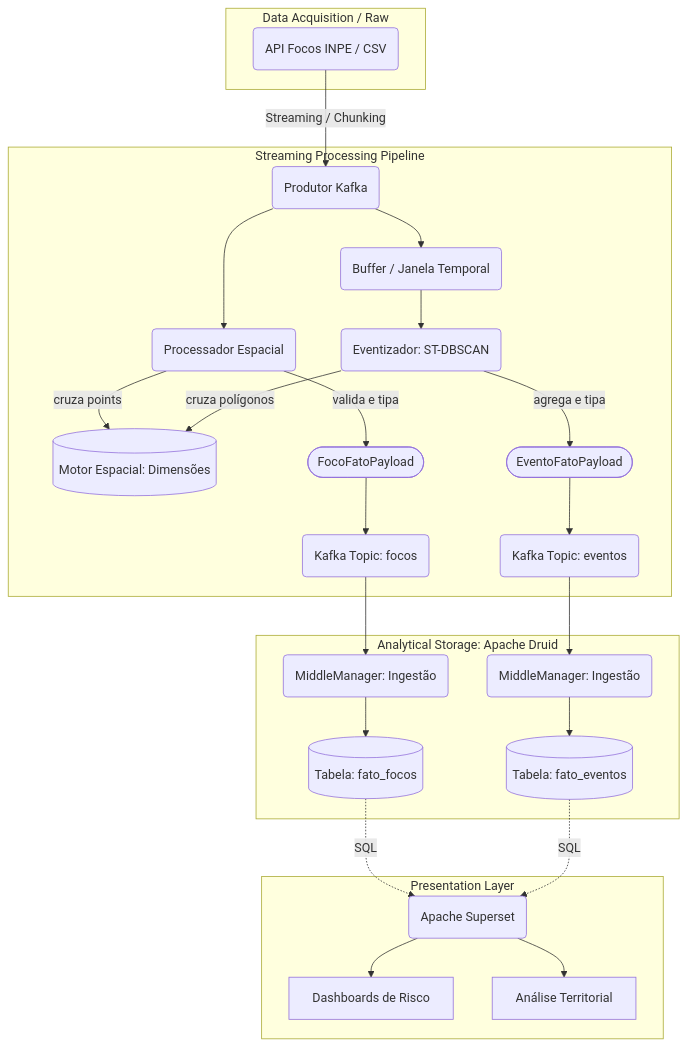
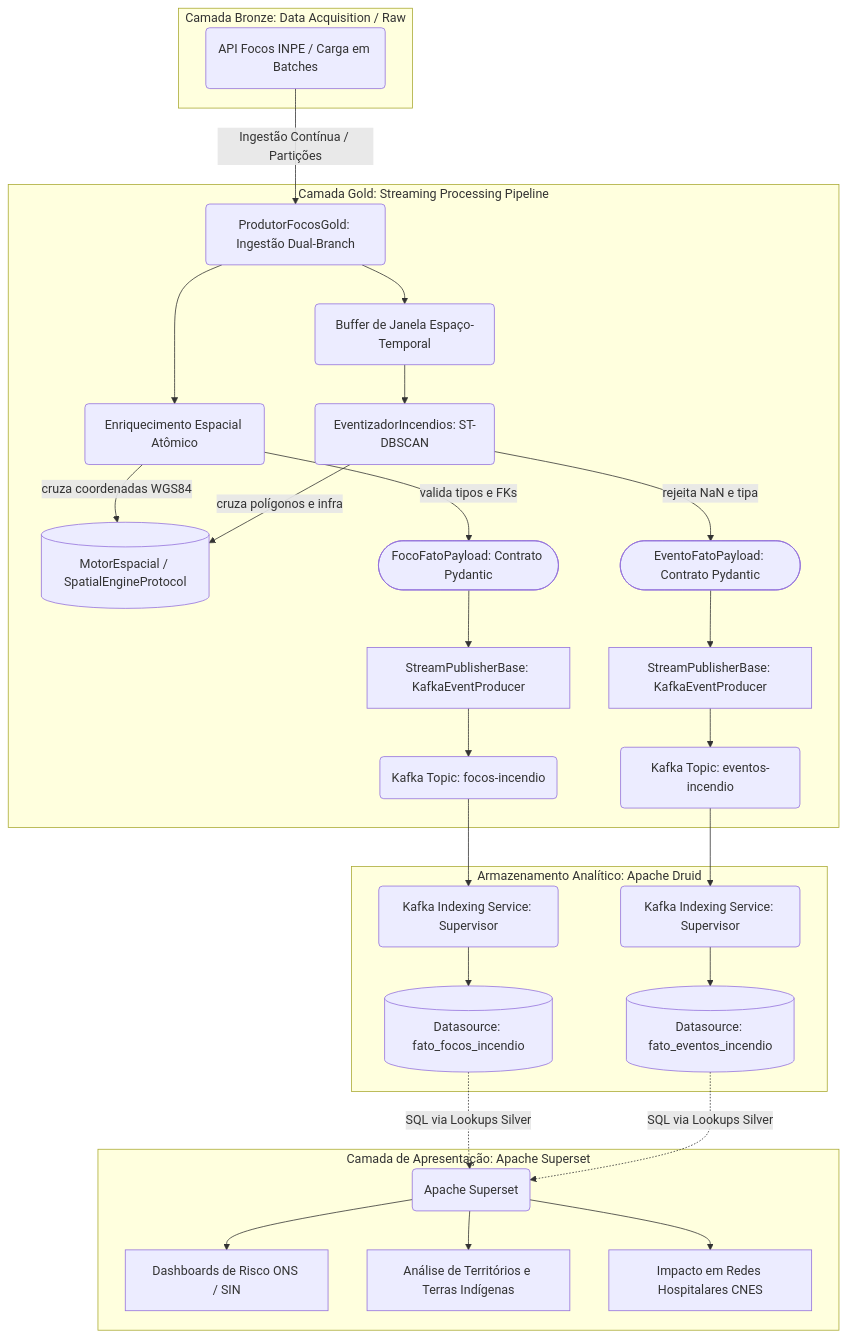
Before and after one commit to gabriel-goncalves1122/mapeamento-risco-queimadas-inpe: the diagram in docs/architecture/05_data_flow_end_to_end.md, drawn with Mermaid. The commit also changed other lines of this file and 48 other files, not shown here.

````diff
--- a/docs/architecture/05_data_flow_end_to_end.md
+++ b/docs/architecture/05_data_flow_end_to_end.md
@@ -11,66 +13,72 @@
 ```mermaid
 flowchart TD
-    %% Acquisicao
-    subgraph ACQUISITION [Data Acquisition / Raw]
-        api(API Focos INPE / CSV)
+    %% Ingestao Bruta
+    subgraph ACQUISITION [Camada Bronze: Data Acquisition / Raw]
+        api(API Focos INPE / Carga em Batches)
     end
 
-    %% Processamento Streaming
-    subgraph STREAMING [Streaming Processing Pipeline]
-        prod(Produtor Kafka)
+    %% Processamento Streaming e POO
+    subgraph STREAMING [Camada Gold: Streaming Processing Pipeline]
+        prod(ProdutorFocosGold: Ingestão Dual-Branch)
         
-        proc_focos(Processador Espacial)
-        motor[(Motor Espacial: Dimensões)]
-        payload_focos([FocoFatoPayload])
-        topic_focos(Kafka Topic: focos)
+        proc_focos(Enriquecimento Espacial Atômico)
+        motor[(MotorEspacial / SpatialEngineProtocol)]
+        payload_focos([FocoFatoPayload: Contrato Pydantic])
+        publisher_focos[StreamPublisherBase: KafkaEventProducer]
+        topic_focos(Kafka Topic: focos-incendio)
 
-        buffer(Buffer / Janela Temporal)
-        dbscan(Eventizador: ST-DBSCAN)
-        payload_eventos([EventoFatoPayload])
-        topic_eventos(Kafka Topic: eventos)
+        buffer(Buffer de Janela Espaço-Temporal)
+        dbscan(EventizadorIncendios: ST-DBSCAN)
+        payload_eventos([EventoFatoPayload: Contrato Pydantic])
+        publisher_eventos[StreamPublisherBase: KafkaEventProducer]
+        topic_eventos(Kafka Topic: eventos-incendio)
 
         prod --> proc_focos
         prod --> buffer
 
         %% Ramo Focos
-        proc_focos -->|cruza points| motor
-        proc_focos -->|valida e tipa| payload_focos
-        payload_focos --> topic_focos
+        proc_focos -->|cruza coordenadas WGS84| motor
+        proc_focos -->|valida tipos e FKs| payload_focos
+        payload_focos --> publisher_focos
+        publisher_focos --> topic_focos
 
         %% Ramo Eventos
         buffer --> dbscan
-        dbscan -->|cruza polígonos| motor
-        dbscan -->|agrega e tipa| payload_eventos
-        payload_eventos --> topic_eventos
+        dbscan -->|cruza polígonos e infra| motor
+        dbscan -->|rejeita NaN e tipa| payload_eventos
+        payload_eventos --> publisher_eventos
+        publisher_eventos --> topic_eventos
     end
 
     %% Armazenamento Analítico
-    subgraph OLAP [Analytical Storage: Apache Druid]
-        mid_focos(MiddleManager: Ingestão)
-        mid_eventos(MiddleManager: Ingestão)
+    subgraph OLAP [Armazenamento Analítico: Apache Druid]
+        mid_focos(Kafka Indexing Service: Supervisor)
+        mid_eventos(Kafka Indexing Service: Supervisor)
         
-        fato_focos[(Tabela: fato_focos)]
-        fato_eventos[(Tabela: fato_eventos)]
+        fato_focos[(Datasource: fato_focos_incendio)]
+        fato_eventos[(Datasource: fato_eventos_incendio)]
 
         topic_focos --> mid_focos
         topic_eventos --> mid_eventos
 
         mid_focos --> fato_focos
         mid_eventos --> fato_eventos
     end
 
     %% Visualização
-    subgraph PRESENTATION [Presentation Layer]
+    subgraph PRESENTATION [Camada de Apresentação: Apache Superset]
         superset(Apache Superset)
-        dash_risco[Dashboards de Risco]
-        dash_terr[Análise Territorial]
+        dash_risco[Dashboards de Risco ONS / SIN]
+        dash_terr[Análise de Territórios e Terras Indígenas]
+        dash_hosp[Impacto em Redes Hospitalares CNES]
 
-        fato_focos -.->|SQL| superset
-        fato_eventos -.->|SQL| superset
+        fato_focos -.->|SQL via Lookups Silver| superset
+        fato_eventos -.->|SQL via Lookups Silver| superset
         
         superset --> dash_risco
         superset --> dash_terr
+        superset --> dash_hosp
     end
 
-    api -->|Streaming / Chunking| prod
+    api -->|Ingestão Contínua / Partições| prod
 ```
````
